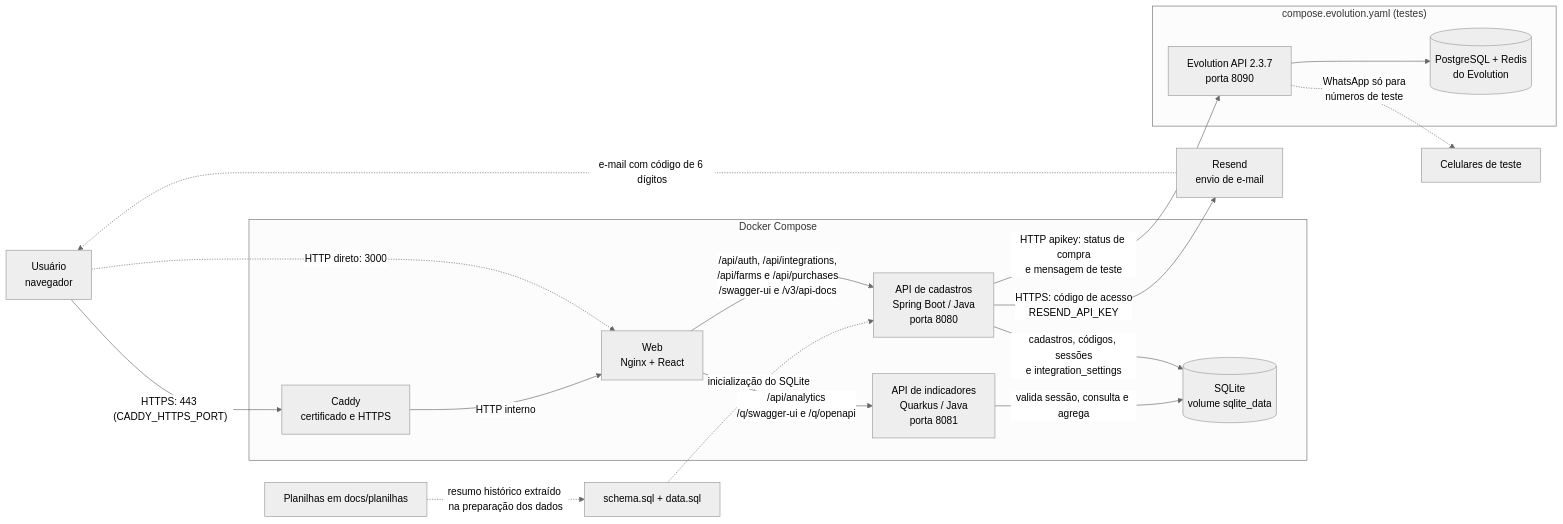
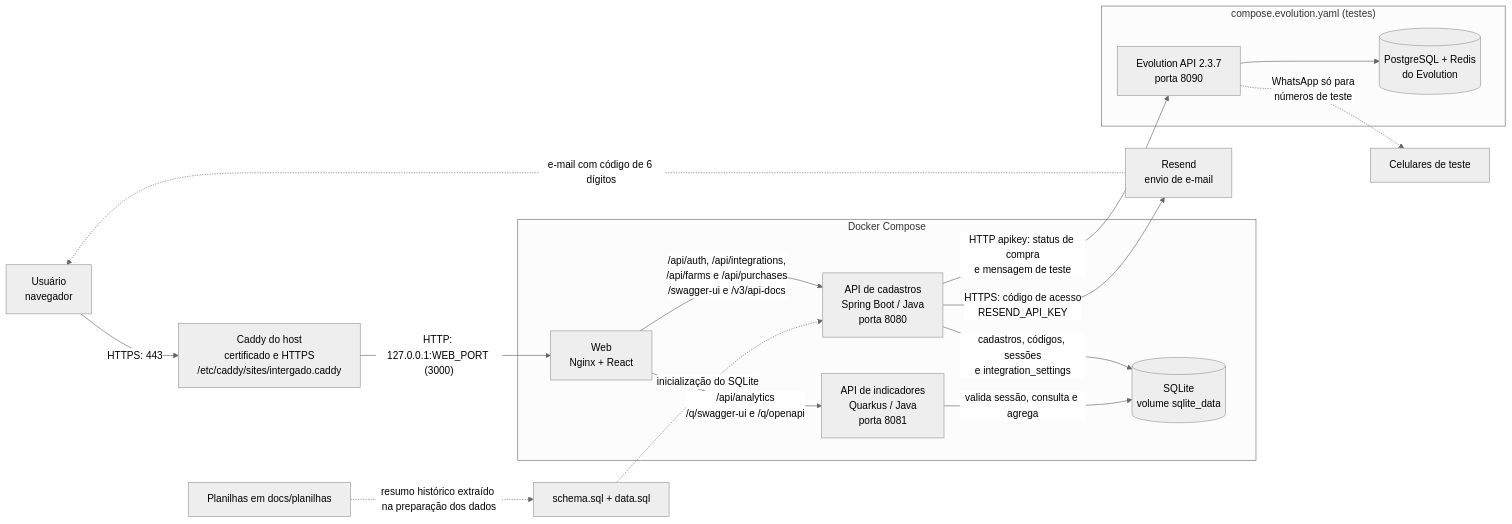
One commit to silvagiuliano/intergado changed the first of 2 diagrams in docs/DIAGRAMAS_ARQUITETURA_SEQUENCIA.md. Above: the diagram before and after it, drawn with Mermaid (neutral theme). The commit also changed other lines of this file and 14 other files, not shown here.

First line of the commit message:
feat(deploy): serve the app through the shared host Caddy, same pattern as jev

````diff
--- a/docs/DIAGRAMAS_ARQUITETURA_SEQUENCIA.md
+++ b/docs/DIAGRAMAS_ARQUITETURA_SEQUENCIA.md
@@ -9,34 +9,33 @@
 ```mermaid
 flowchart LR
-    U["Usuário<br/>navegador"] -->|"HTTPS: 443 (CADDY_HTTPS_PORT)"| CAD
-    U -.->|"HTTP direto: 3000"| W
+    U["Usuário<br/>navegador"] -->|"HTTPS: 443"| CAD
+    CAD["Caddy do host<br/>certificado e HTTPS<br/>/etc/caddy/sites/intergado.caddy"]
+    CAD -->|"HTTP: 127.0.0.1:WEB_PORT (3000)"| W
 
     subgraph Compose["Docker Compose"]
-        CAD["Caddy<br/>certificado e HTTPS"]
         W["Web<br/>Nginx + React"]
-        CAD -->|"HTTP interno"| W
         P["API de cadastros<br/>Spring Boot / Java<br/>porta 8080"]
         A["API de indicadores<br/>Quarkus / Java<br/>porta 8081"]
         DB[("SQLite<br/>volume sqlite_data")]
 
         W -->|"/api/auth, /api/integrations,<br/>/api/farms e /api/purchases<br/>/swagger-ui e /v3/api-docs"| P
         W -->|"/api/analytics<br/>/q/swagger-ui e /q/openapi"| A
         P -->|"cadastros, códigos, sessões<br/>e integration_settings"| DB
         A -->|"valida sessão, consulta e agrega"| DB
     end
 
     P -->|"HTTPS: código de acesso<br/>RESEND_API_KEY"| R["Resend<br/>envio de e-mail"]
     R -.->|"e-mail com código de 6 dígitos"| U
 
     subgraph Evo["compose.evolution.yaml (testes)"]
         EV["Evolution API 2.3.7<br/>porta 8090"]
         EVDB[("PostgreSQL + Redis<br/>do Evolution")]
         EV --> EVDB
     end
 
     P -->|"HTTP apikey: status de compra<br/>e mensagem de teste"| EV
     EV -.->|"WhatsApp só para<br/>números de teste"| WA["Celulares de teste"]
 
     XLSX["Planilhas em docs/planilhas"] -.->|"resumo histórico extraído na preparação dos dados"| SEED["schema.sql + data.sql"]
     SEED -.->|"inicialização do SQLite"| P
 ```
````
